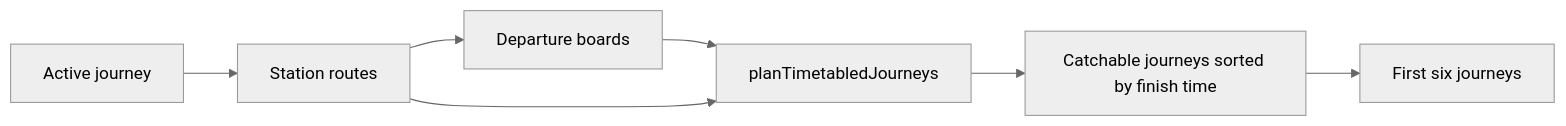
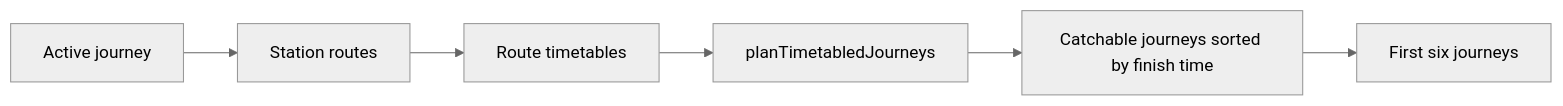
The first of 4 diagrams in docs/journey-planning.md (nd9600/trainDashboard), drawn with Mermaid (neutral theme) before and after one commit. The commit also changed other lines of this file and 46 other files, not shown here.

````diff
--- a/docs/journey-planning.md
+++ b/docs/journey-planning.md
@@ -7,16 +7,15 @@
 ```mermaid
 flowchart LR
     journey[Active journey]
     routes[Station routes]
-    boards[Departure boards]
+    timetables[Route timetables]
     planner[planTimetabledJourneys]
     journeys[Catchable journeys sorted by finish time]
     display[First six journeys]
 
     journey --> routes
-    routes --> boards
-    boards --> planner
-    routes --> planner
+    routes --> timetables
+    timetables --> planner
     planner --> journeys
     journeys --> display
 ```
````
